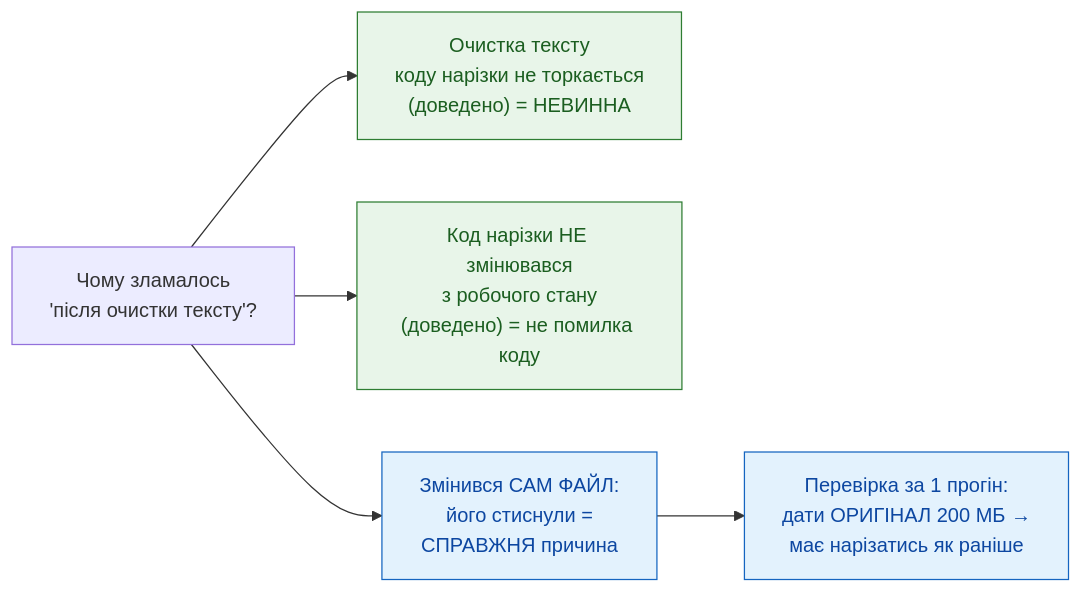
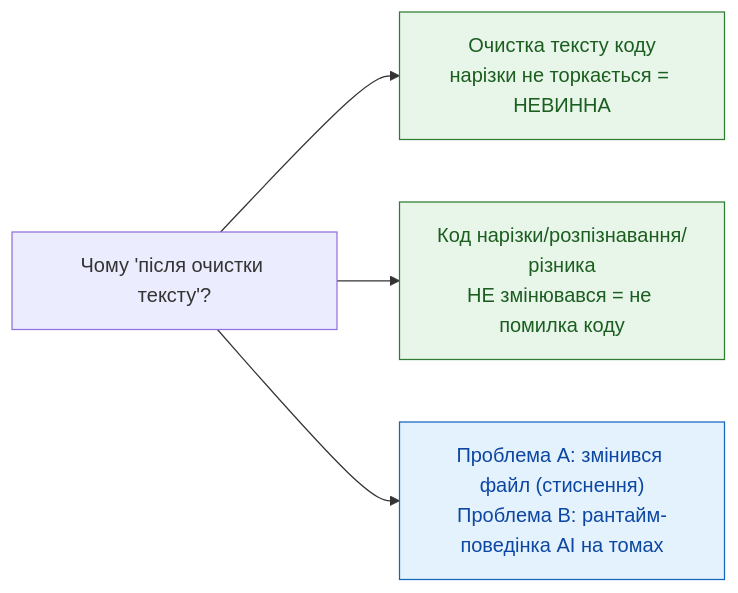
Before and after one commit to vadymlevyt/registry: the fourth of 5 diagrams in docs/mermaid/flow_dp_regression_40mb_diagnosis.md, drawn with Mermaid. The commit also changed other lines of this file and 1 other file, not shown here.

First line of the commit message:
docs: ретракція механізму — причина рантаймова, потрібен 1 прогін з логами

````diff
--- a/docs/mermaid/flow_dp_regression_40mb_diagnosis.md
+++ b/docs/mermaid/flow_dp_regression_40mb_diagnosis.md
@@ -91,13 +97,11 @@
 ```mermaid
 flowchart LR
-    Q["Чому зламалось<br/>'після очистки тексту'?"] --> C1["Очистка тексту<br/>коду нарізки не торкається<br/>(доведено) = НЕВИННА"]
-    Q --> C2["Код нарізки НЕ змінювався<br/>з робочого стану<br/>(доведено) = не помилка коду"]
-    Q --> C3["Змінився САМ ФАЙЛ:<br/>його стиснули =<br/>СПРАВЖНЯ причина"]
-
-    C3 --> PROOF["Перевірка за 1 прогін:<br/>дати ОРИГІНАЛ 200 МБ →<br/>має нарізатись як раніше"]
+    Q["Чому 'після очистки тексту'?"] --> C1["Очистка тексту коду<br/>нарізки не торкається = НЕВИННА"]
+    Q --> C2["Код нарізки/розпізнавання/різника<br/>НЕ змінювався = не помилка коду"]
+    Q --> C3["Проблема A: змінився файл (стиснення)<br/>Проблема B: рантайм-поведінка AI на томах"]
 
     classDef good fill:#e8f5e9,stroke:#2e7d32,color:#1b5e20;
     classDef neutral fill:#e3f2fd,stroke:#1565c0,color:#0d47a1;
     class C1,C2 good;
-    class C3,PROOF neutral;
+    class C3 neutral;
 ```
````
